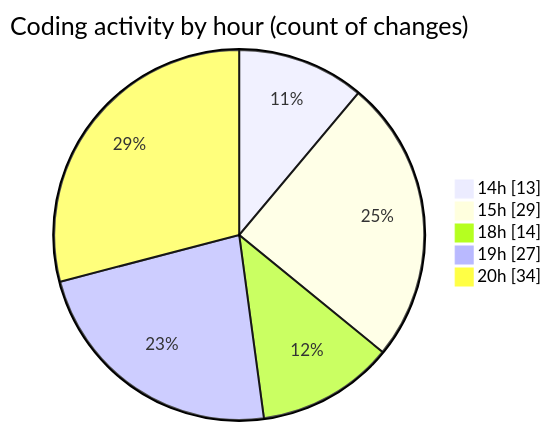
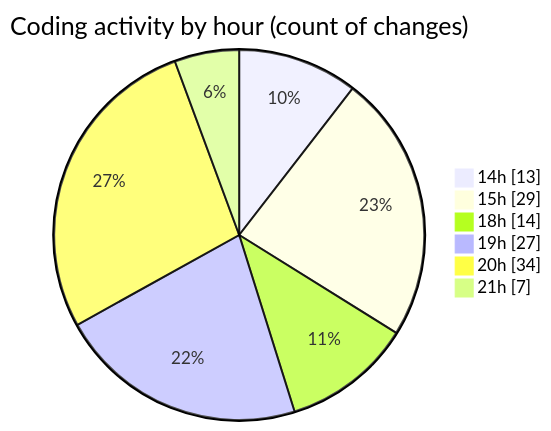
The second of 2 diagrams in 2025-06-23/scopecraft/README.md (Ritupan-Deka/code-tracking), drawn with Mermaid before and after one commit. The commit also changed other lines of this file and 1 other file, not shown here.

````diff
--- a/2025-06-23/scopecraft/README.md
+++ b/2025-06-23/scopecraft/README.md
@@ -53,9 +55,10 @@
 ```mermaid
 pie showData
 title Coding activity by hour (count of changes)
 "14h" : 13
 "15h" : 29
 "18h" : 14
 "19h" : 27
 "20h" : 34
+"21h" : 7
 ```
````
